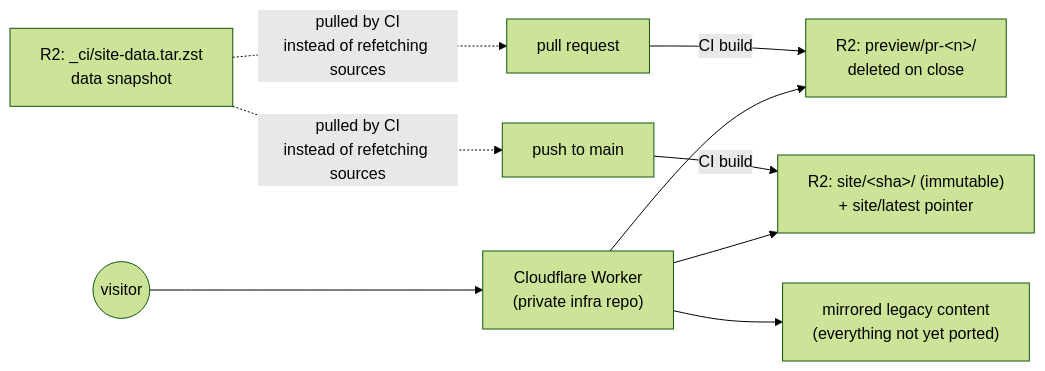
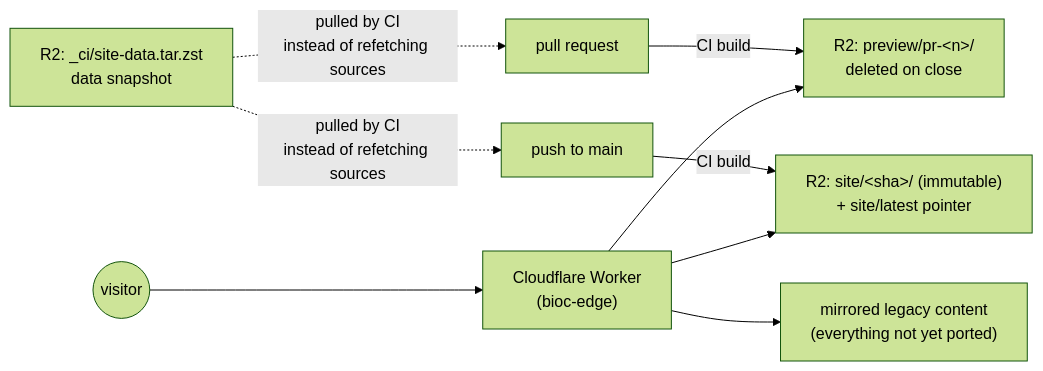
The second of 2 diagrams in README.md (seandavi/bioc-website), drawn with Mermaid (forest theme) before and after one commit. The commit also changed other lines of this file, not shown here.

Commit message:
README: the serving repo is public bioc-edge now, say so

````diff
--- a/README.md
+++ b/README.md
@@ -54,9 +54,9 @@
 ```mermaid
 flowchart LR
   pr["pull request"] -- "CI build" --> preview["R2: preview/pr-&lt;n&gt;/<br/>deleted on close"]
   main["push to main"] -- "CI build" --> site["R2: site/&lt;sha&gt;/ (immutable)<br/>+ site/latest pointer"]
   snapshot["R2: _ci/site-data.tar.zst<br/>data snapshot"] -. "pulled by CI<br/>instead of refetching sources" .-> pr & main
-  worker["Cloudflare Worker<br/>(private infra repo)"] --> preview & site
+  worker["Cloudflare Worker<br/>(bioc-edge)"] --> preview & site
   worker --> legacy["mirrored legacy content<br/>(everything not yet ported)"]
   visitor(("visitor")) --> worker
 ```
````
